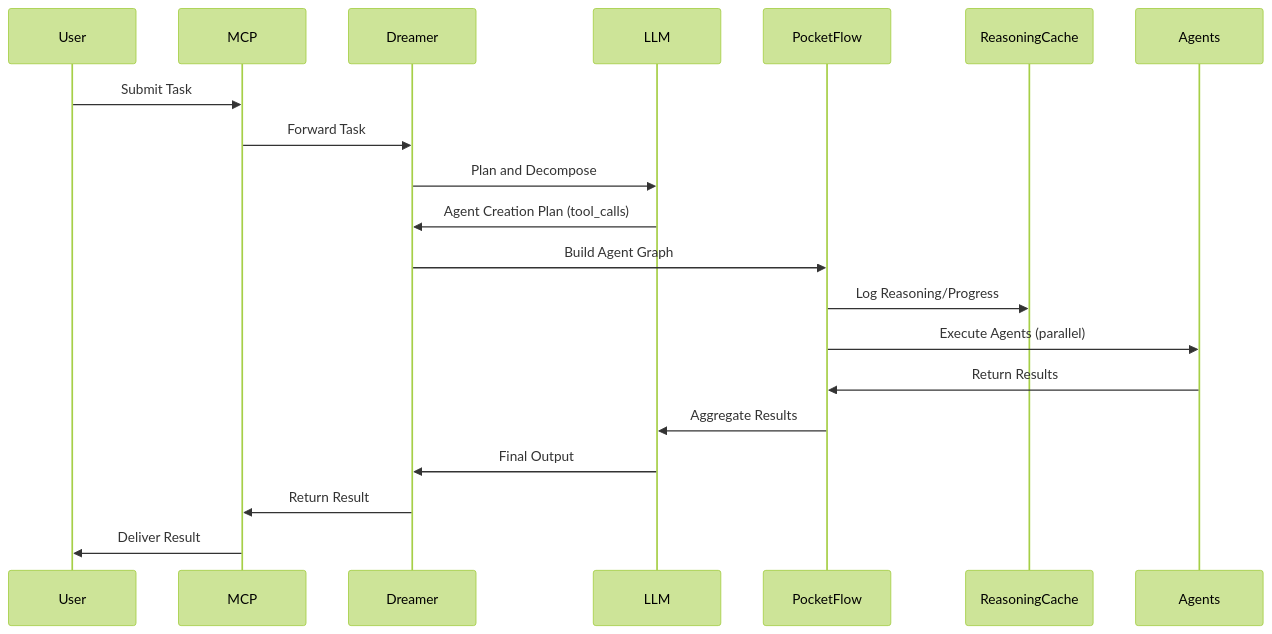
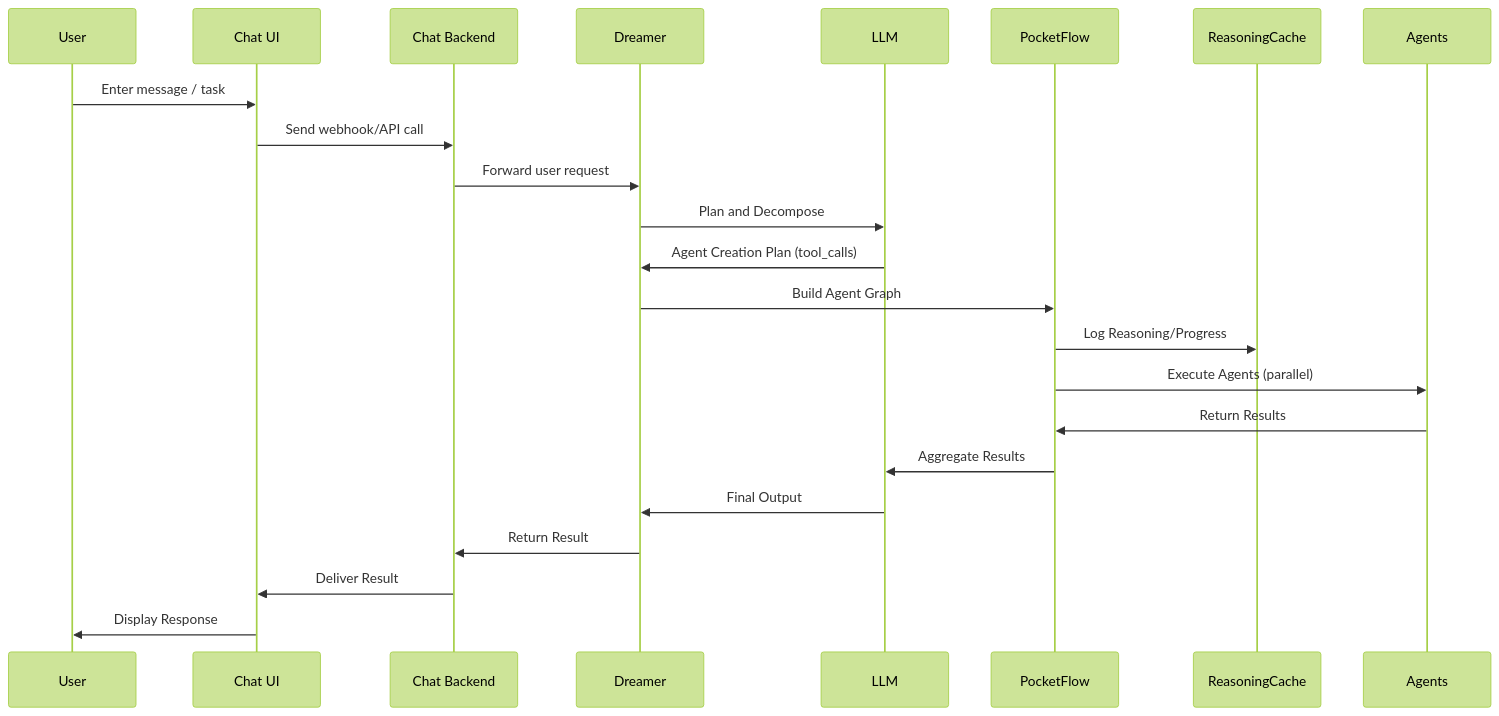
One commit to olegische/panda-ai changed the second of 2 diagrams in docs/dreamer-architecture.md. Above: the diagram before and after it, drawn with Mermaid (forest theme). The commit also changed other lines of this file, not shown here.

Commit message:
docs: introduce Dreamer Agent and Dreamer Architecture — universal LLM-driven agentic runtime, dynamic PocketFlow orchestration, MCP integration, and reasoning cache paradigm

````diff
--- a/docs/dreamer-architecture.md
+++ b/docs/dreamer-architecture.md
@@ -189,22 +191,25 @@
 ```mermaid
 sequenceDiagram
     participant User
-    participant MCP
+    participant ChatUI as Chat UI
+    participant ChatBE as Chat Backend
     participant Dreamer
     participant LLM
     participant PF as PocketFlow
     participant RC as ReasoningCache
 
-    User->>MCP: Submit Task
-    MCP->>Dreamer: Forward Task
+    User->>ChatUI: Enter message / task
+    ChatUI->>ChatBE: Send webhook/API call
+    ChatBE->>Dreamer: Forward user request
     Dreamer->>LLM: Plan and Decompose
     LLM->>Dreamer: Agent Creation Plan (tool_calls)
     Dreamer->>PF: Build Agent Graph
     PF->>RC: Log Reasoning/Progress
     PF->>Agents: Execute Agents (parallel)
     Agents->>PF: Return Results
     PF->>LLM: Aggregate Results
     LLM->>Dreamer: Final Output
-    Dreamer->>MCP: Return Result
-    MCP->>User: Deliver Result
+    Dreamer->>ChatBE: Return Result
+    ChatBE->>ChatUI: Deliver Result
+    ChatUI->>User: Display Response
 ```
````
